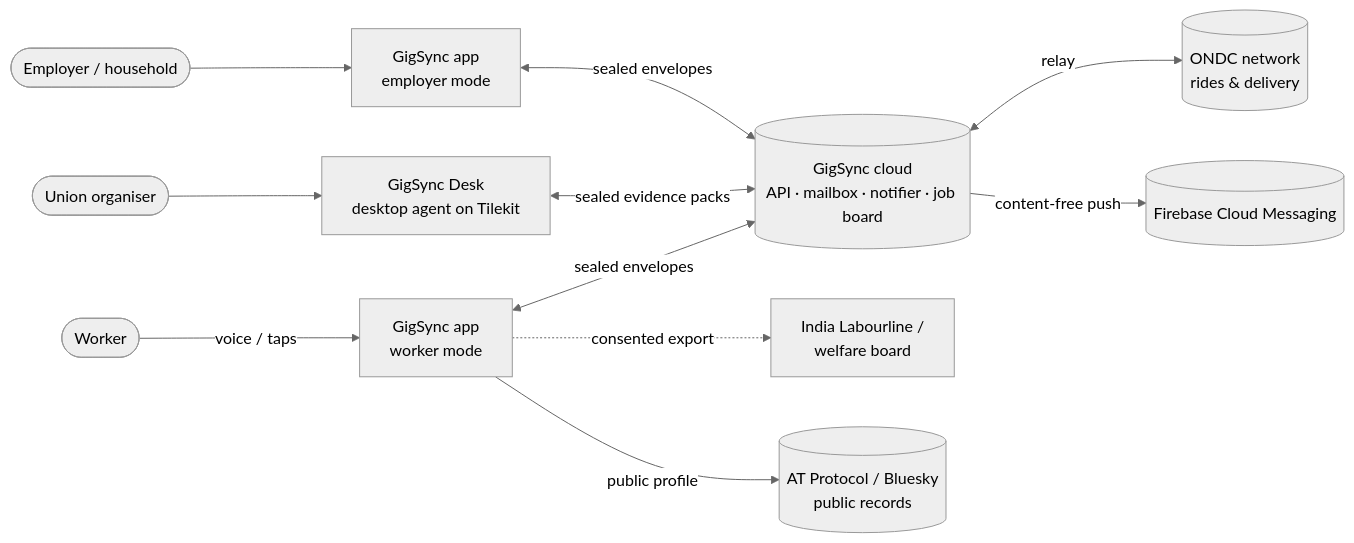
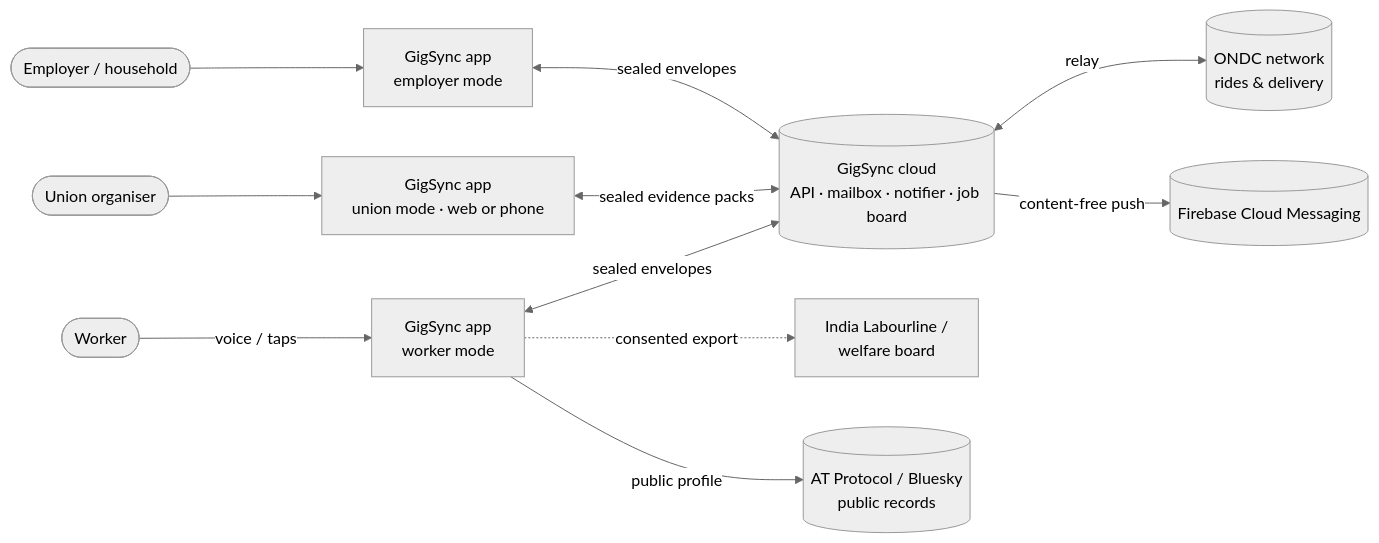
The first of 3 diagrams in docs/gigsync/HLD.md (kirav5/GigSync), drawn with Mermaid (neutral theme) before and after one commit. The commit also changed other lines of this file and 20 other files, not shown here.

````diff
--- a/docs/gigsync/HLD.md
+++ b/docs/gigsync/HLD.md
@@ -54,13 +54,13 @@
 ```mermaid
 flowchart LR
   W([Worker]) -->|voice / taps| WP[GigSync app<br/>worker mode]
   E([Employer / household]) --> EP[GigSync app<br/>employer mode]
   WP <-->|sealed envelopes| CLOUD[(GigSync cloud<br/>API · mailbox · notifier · job board)]
   EP <-->|sealed envelopes| CLOUD
-  U([Union organiser]) --> DESK[GigSync Desk<br/>desktop agent on Tilekit]
+  U([Union organiser]) --> DESK[GigSync app<br/>union mode · web or phone]
   DESK <-->|sealed evidence packs| CLOUD
   WP -. consented export .-> HL[India Labourline /<br/>welfare board]
   CLOUD <-->|relay| ONDC[(ONDC network<br/>rides & delivery)]
   CLOUD -->|content-free push| FCM[(Firebase Cloud Messaging)]
   WP -->|public profile| ATP[(AT Protocol / Bluesky<br/>public records)]
 ```
````
